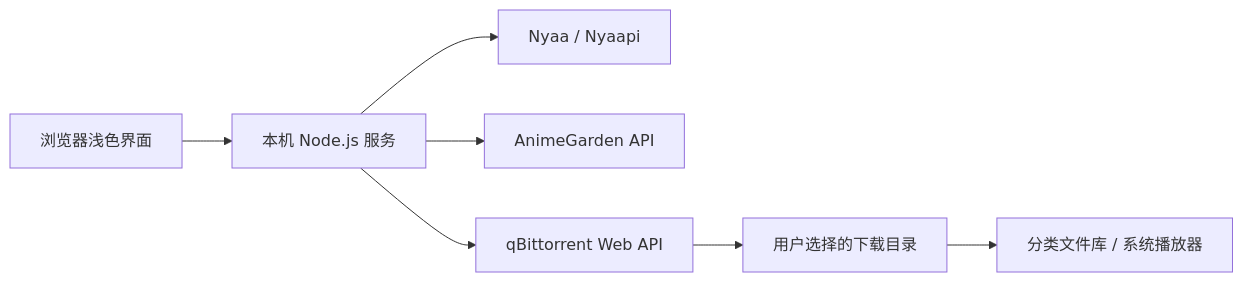
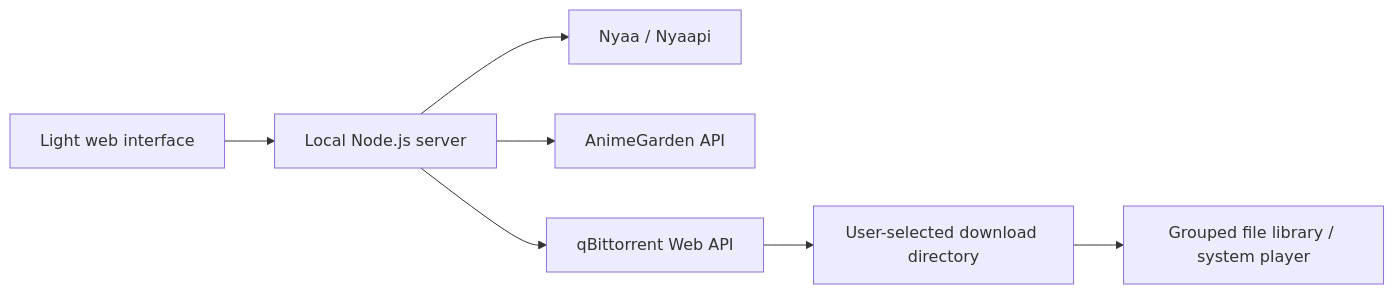
Before and after one commit to CBBoos0422/anime-search-portable: the diagram in README.md, drawn with Mermaid. The commit also changed other lines of this file and 22 other files, not shown here.

````diff
--- a/README.md
+++ b/README.md
@@ -62,9 +62,9 @@
 ```mermaid
 flowchart LR
-  UI[浏览器浅色界面] --> Server[本机 Node.js 服务]
+  UI[Light web interface] --> Server[Local Node.js server]
   Server --> Nyaa[Nyaa / Nyaapi]
   Server --> Garden[AnimeGarden API]
   Server --> QBT[qBittorrent Web API]
-  QBT --> Files[用户选择的下载目录]
-  Files --> Library[分类文件库 / 系统播放器]
+  QBT --> Files[User-selected download directory]
+  Files --> Library[Grouped file library / system player]
 ```
````
